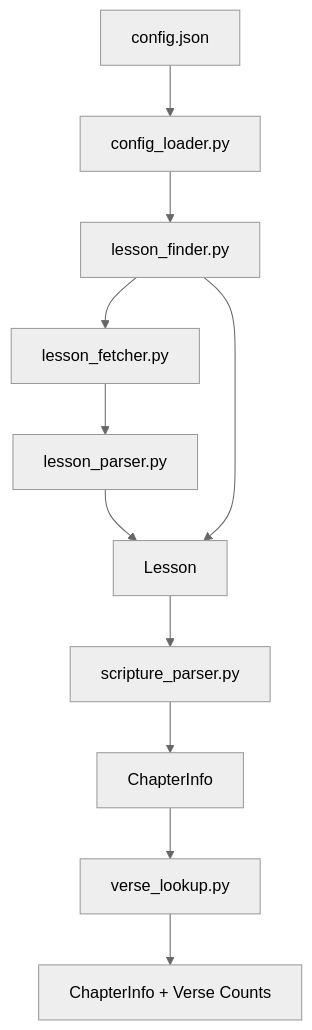
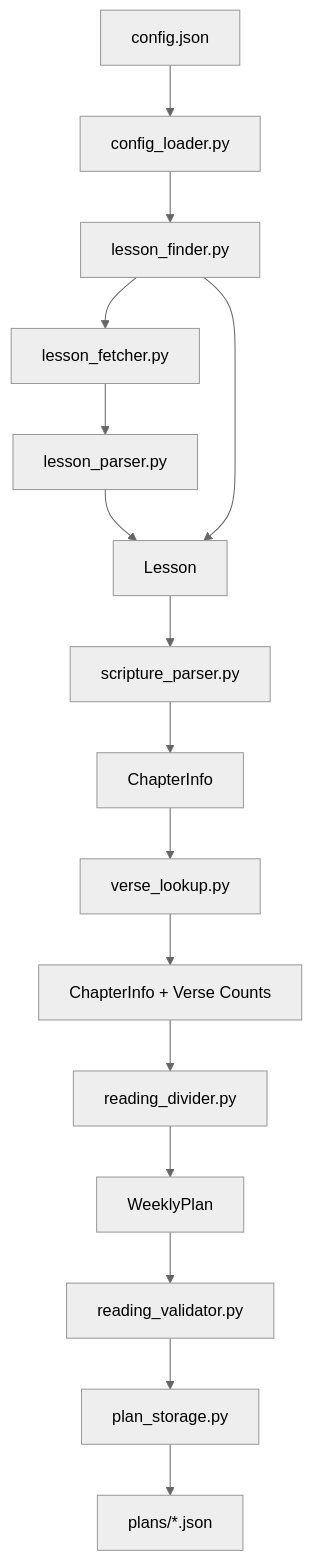
The diagram in README.md (bethpilipala/cfm_ai_reminder), drawn with Mermaid (neutral theme) before and after one commit. The commit also changed other lines of this file, not shown here.

````diff
--- a/README.md
+++ b/README.md
@@ -42,17 +40,24 @@
 ```mermaid
 flowchart TD
     A[config.json] --> B[config_loader.py]
     B --> C[lesson_finder.py]
 
     C --> D[lesson_fetcher.py]
     D --> E[lesson_parser.py]
     E --> F[Lesson]
 
     C --> F
 
     F --> G[scripture_parser.py]
     G --> H[ChapterInfo]
 
     H --> I[verse_lookup.py]
     I --> J[ChapterInfo + Verse Counts]
+
+    J --> K[reading_divider.py]
+    K --> L[WeeklyPlan]
+
+    L --> M[reading_validator.py]
+    M --> N[plan_storage.py]
+    N --> O[plans/*.json]
 ```
````
